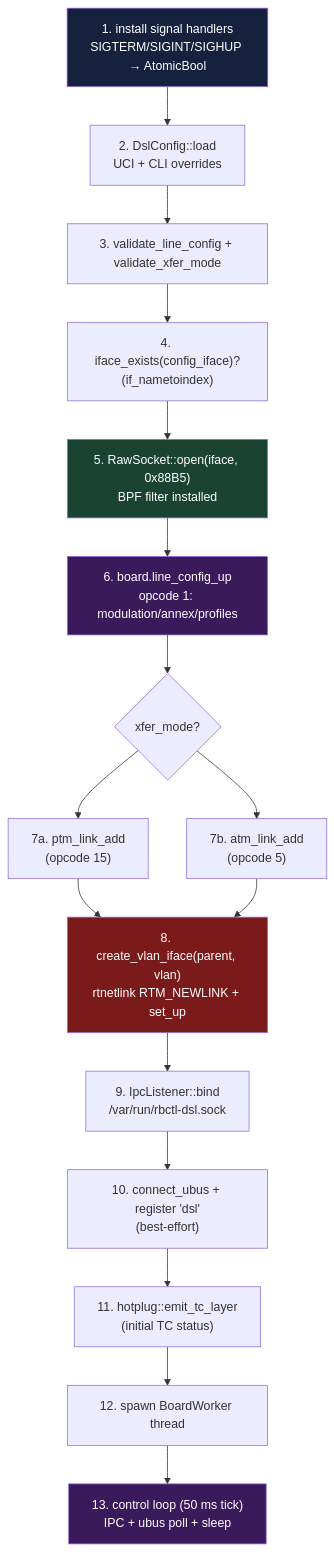
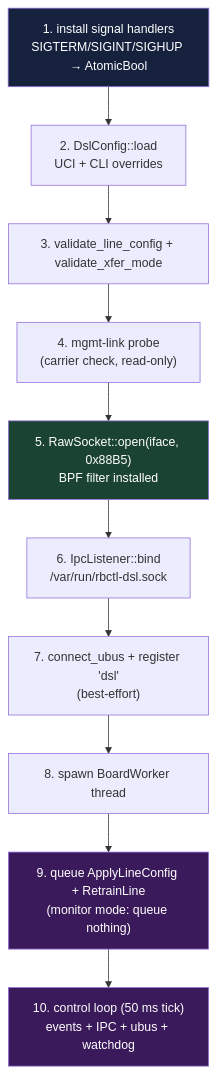
The third of 6 diagrams in docs/rbctl-dsl.md (hitech95/openwrt_tplink_vx830v_rbctrl-dsl), drawn with Mermaid before and after one commit. The commit also changed other lines of this file and 10 other files, not shown here.

````diff
--- a/docs/rbctl-dsl.md
+++ b/docs/rbctl-dsl.md
@@ -249,29 +249,20 @@
 ```mermaid
 flowchart TD
     A["1. install signal handlers<br/>SIGTERM/SIGINT/SIGHUP → AtomicBool"]
     B["2. DslConfig::load<br/>UCI + CLI overrides"]
     C["3. validate_line_config + validate_xfer_mode"]
-    D["4. iface_exists(config_iface)?<br/>(if_nametoindex)"]
+    D["4. mgmt-link probe<br/>(carrier check, read-only)"]
     E["5. RawSocket::open(iface, 0x88B5)<br/>BPF filter installed"]
-    F["6. board.line_config_up<br/>opcode 1: modulation/annex/profiles"]
-    G{"xfer_mode?"}
-    G1["7a. ptm_link_add<br/>(opcode 15)"]
-    G2["7b. atm_link_add<br/>(opcode 5)"]
-    H["8. create_vlan_iface(parent, vlan)<br/>rtnetlink RTM_NEWLINK + set_up"]
-    I["9. IpcListener::bind<br/>/var/run/rbctl-dsl.sock"]
-    J["10. connect_ubus + register 'dsl'<br/>(best-effort)"]
-    K["11. hotplug::emit_tc_layer<br/>(initial TC status)"]
-    L["12. spawn BoardWorker thread"]
-    M["13. control loop (50 ms tick)<br/>IPC + ubus poll + sleep"]
+    F["6. IpcListener::bind<br/>/var/run/rbctl-dsl.sock"]
+    G["7. connect_ubus + register 'dsl'<br/>(best-effort)"]
+    H["8. spawn BoardWorker thread"]
+    I["9. queue ApplyLineConfig + RetrainLine<br/>(monitor mode: queue nothing)"]
+    J["10. control loop (50 ms tick)<br/>events + IPC + ubus + watchdog"]
 
-    A --> B --> C --> D --> E --> F --> G
-    G --> G1 --> H
-    G --> G2 --> H
-    H --> I --> J --> K --> L --> M
+    A --> B --> C --> D --> E --> F --> G --> H --> I --> J
 
     style A fill:#16213e,color:#fff
     style E fill:#1b4332,color:#fff
-    style F fill:#3a1a5a,color:#fff
-    style H fill:#7a1a1a,color:#fff
-    style M fill:#3a1a5a,color:#fff
+    style I fill:#3a1a5a,color:#fff
+    style J fill:#3a1a5a,color:#fff
 ```
````
